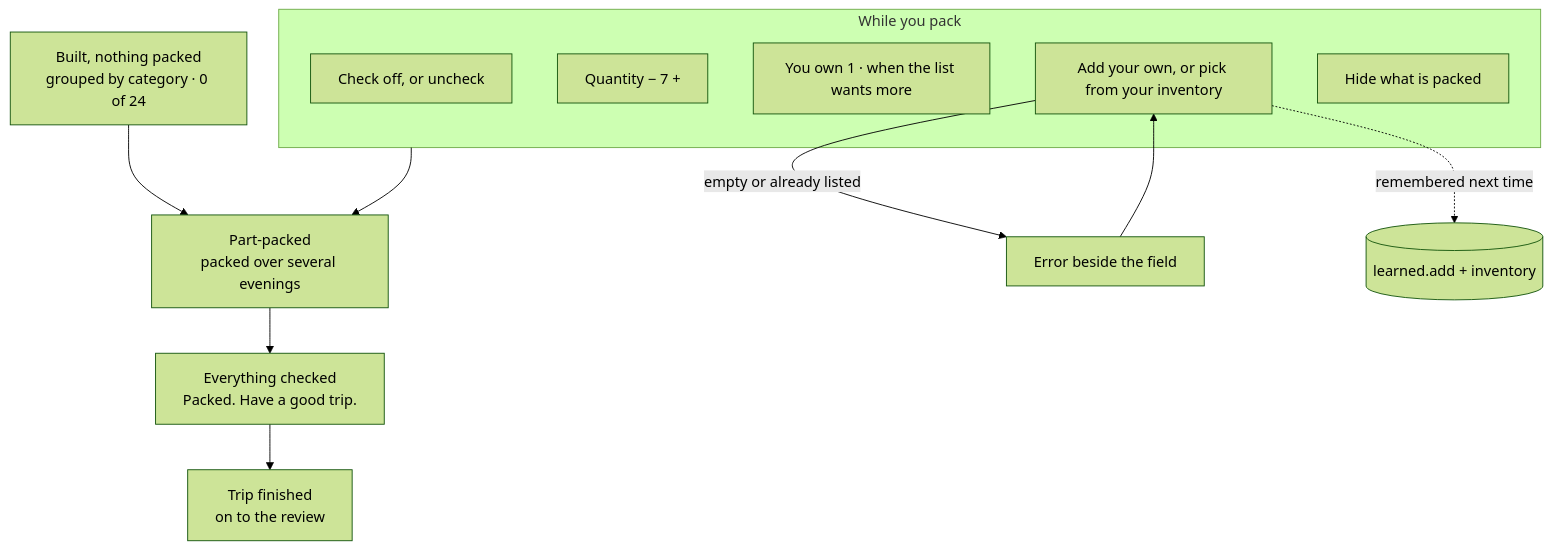
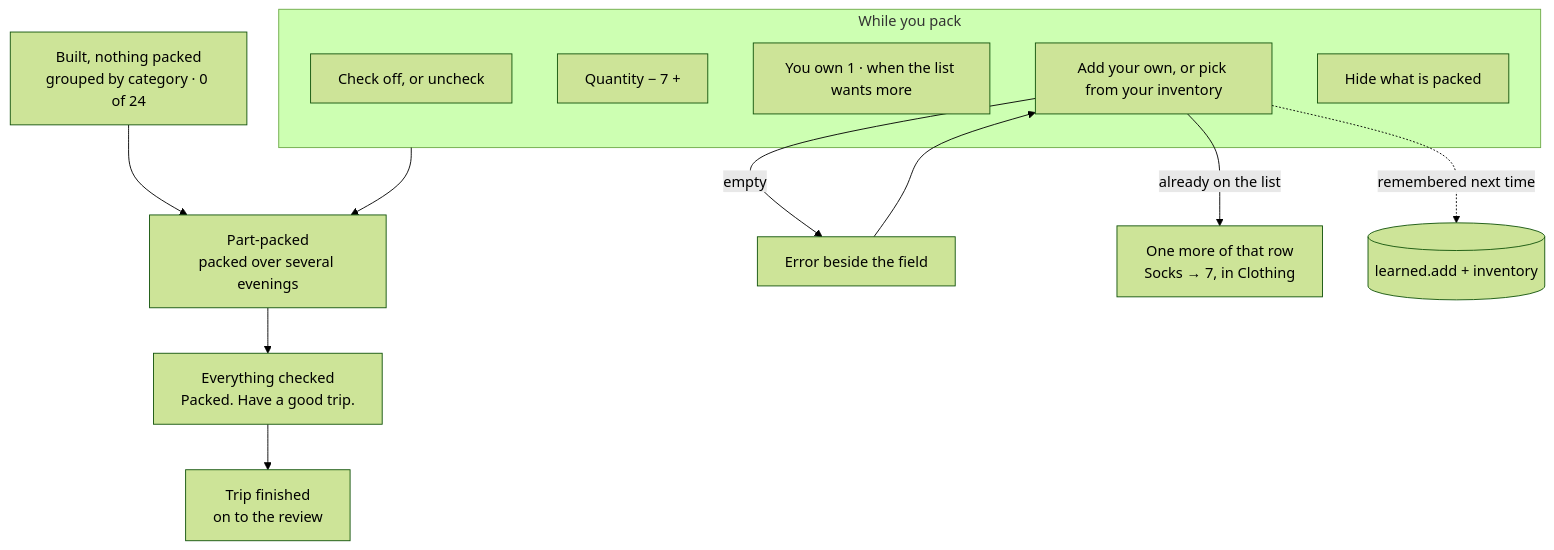
One commit to mrajesh164/wanderlist changed the second of 2 diagrams in flows.md. Above: the diagram before and after it, drawn with Mermaid (forest theme). The commit also changed other lines of this file and 4 other files, not shown here.

First line of the commit message:
Adding something already on a list adds one to it

````diff
--- a/flows.md
+++ b/flows.md
@@ -78,22 +78,23 @@
 ```mermaid
 flowchart TD
     Built["Built, nothing packed<br/>grouped by category · 0 of 24"]
     Part["Part-packed<br/>packed over several evenings"]
     All["Everything checked<br/>Packed. Have a good trip."]
     Fin["Trip finished<br/>on to the review"]
 
     Built --> Part --> All --> Fin
 
     subgraph Actions["While you pack"]
         Check["Check off, or uncheck"]
         Qty["Quantity − 7 +"]
         Own["You own 1 · when the list wants more"]
         AddItem["Add your own, or pick from your inventory"]
         Hide["Hide what is packed"]
     end
 
     Actions --> Part
-    AddItem -->|empty or already listed| ItemErr["Error beside the field"]
+    AddItem -->|empty| ItemErr["Error beside the field"]
+    AddItem -->|already on the list| Bump["One more of that row<br/>Socks → 7, in Clothing"]
     ItemErr --> AddItem
     AddItem -.->|remembered next time| LearnAdd[("learned.add + inventory")]
 ```
````
